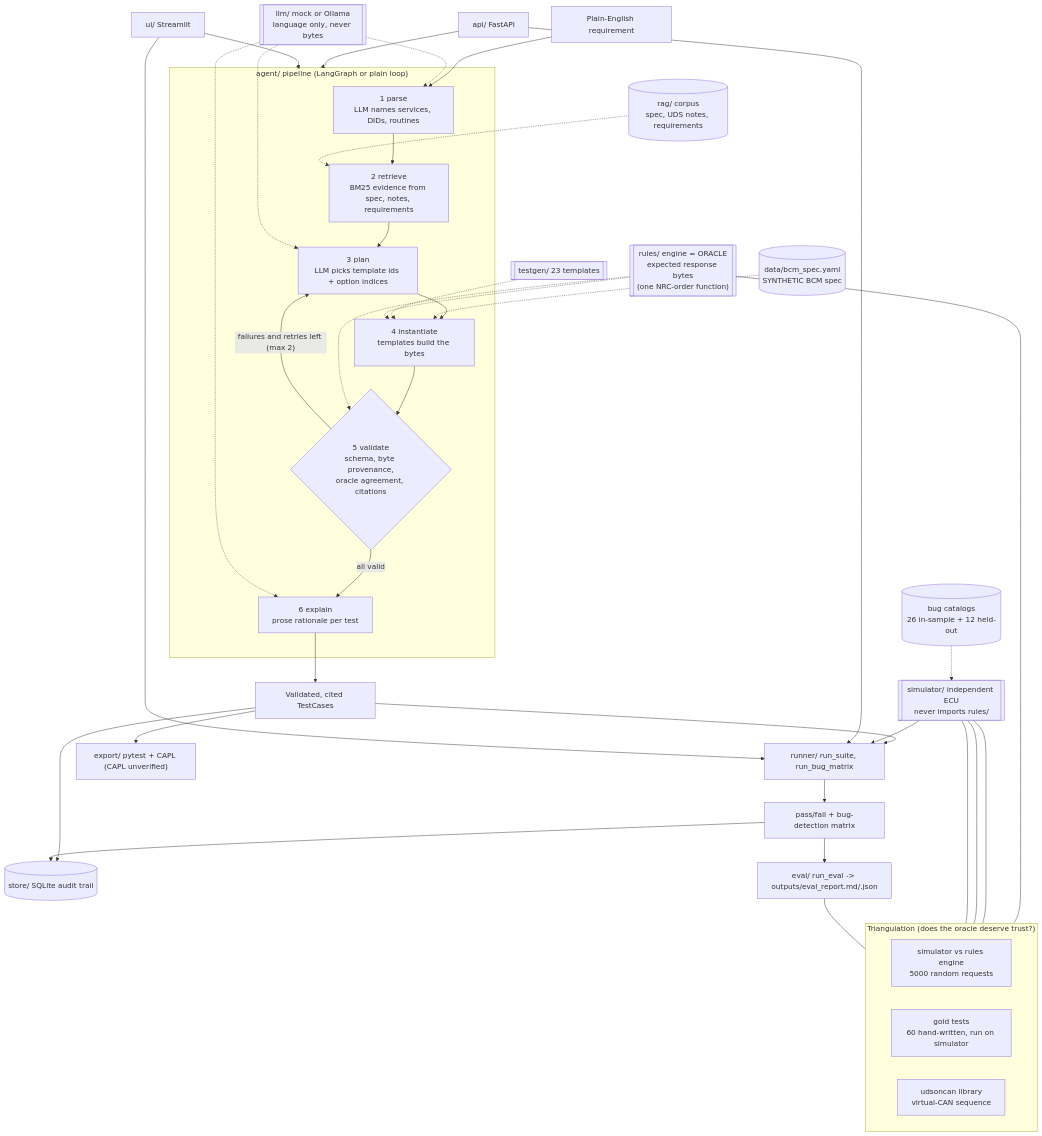
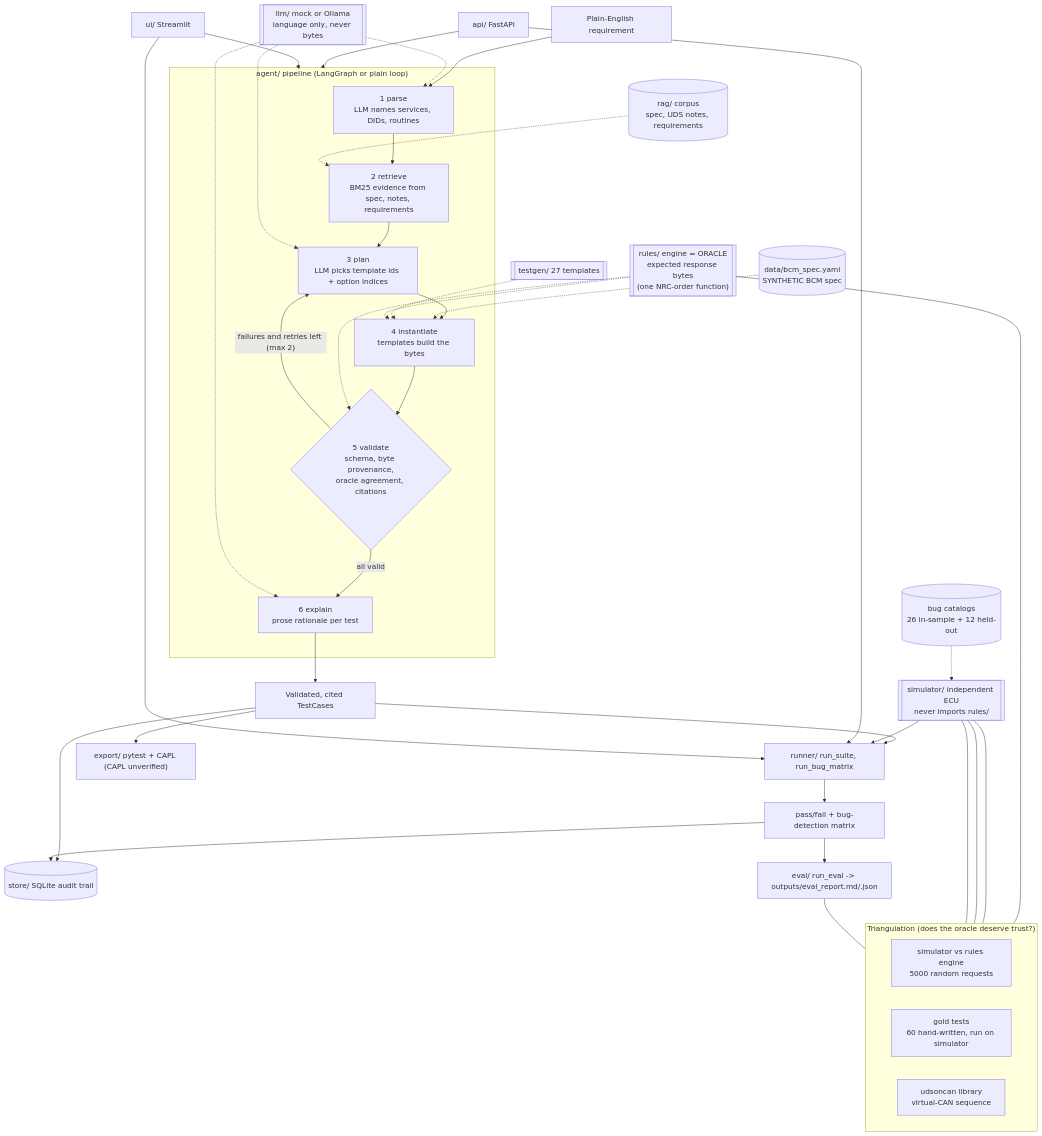
One commit to satyakarthikeya/tata_tech changed the diagram in docs/ARCHITECTURE.md. Above: the diagram before and after it, drawn with Mermaid. The commit also changed other lines of this file and 11 other files, not shown here.

````diff
--- a/docs/ARCHITECTURE.md
+++ b/docs/ARCHITECTURE.md
@@ -5,51 +5,51 @@
 ```mermaid
 flowchart TD
     REQ["Plain-English requirement"] --> PARSE
 
     subgraph AGENT["agent/ pipeline (LangGraph or plain loop)"]
         PARSE["1 parse<br/>LLM names services, DIDs, routines"] --> RETRIEVE
         RETRIEVE["2 retrieve<br/>BM25 evidence from spec, notes, requirements"] --> PLAN
         PLAN["3 plan<br/>LLM picks template ids + option indices"] --> INST
         INST["4 instantiate<br/>templates build the bytes"] --> VAL
         VAL{"5 validate<br/>schema, byte provenance,<br/>oracle agreement, citations"}
         VAL -- "all valid" --> EXPL["6 explain<br/>prose rationale per test"]
         VAL -- "failures and retries left (max 2)" --> PLAN
     end
 
     LLM[["llm/ mock or Ollama<br/>language only, never bytes"]] -.-> PARSE
     LLM -.-> PLAN
     LLM -.-> EXPL
     RAG[("rag/ corpus<br/>spec, UDS notes, requirements")] -.-> RETRIEVE
     SPEC[("data/bcm_spec.yaml<br/>SYNTHETIC BCM spec")] -.-> INST
-    TPL[["testgen/ 23 templates"]] -.-> INST
+    TPL[["testgen/ 27 templates"]] -.-> INST
     ORACLE[["rules/ engine = ORACLE<br/>expected response bytes<br/>(one NRC-order function)"]] -.-> INST
     ORACLE -.-> VAL
 
     EXPL --> TESTS["Validated, cited TestCases"]
     TESTS --> STORE[("store/ SQLite audit trail")]
     TESTS --> RUNNER["runner/ run_suite, run_bug_matrix"]
     TESTS --> EXPORT["export/ pytest + CAPL (CAPL unverified)"]
 
     SIM[["simulator/ independent ECU<br/>never imports rules/"]] --> RUNNER
     BUGS[("bug catalogs<br/>26 in-sample + 12 held-out")] -.-> SIM
     RUNNER --> RESULTS["pass/fail + bug-detection matrix"]
     RESULTS --> EVAL["eval/ run_eval -> outputs/eval_report.md/.json"]
     RESULTS --> STORE
 
     API["api/ FastAPI"] --> AGENT
     API --> RUNNER
     UI["ui/ Streamlit"] --> AGENT
     UI --> RUNNER
 
     subgraph TRI["Triangulation (does the oracle deserve trust?)"]
         direction LR
         T1["simulator vs rules engine<br/>5000 random requests"]
         T2["gold tests<br/>60 hand-written, run on simulator"]
         T3["udsoncan library<br/>virtual-CAN sequence"]
     end
     ORACLE --- T1
     SIM --- T1
     SIM --- T2
     SIM --- T3
     EVAL --- TRI
 ```
````
